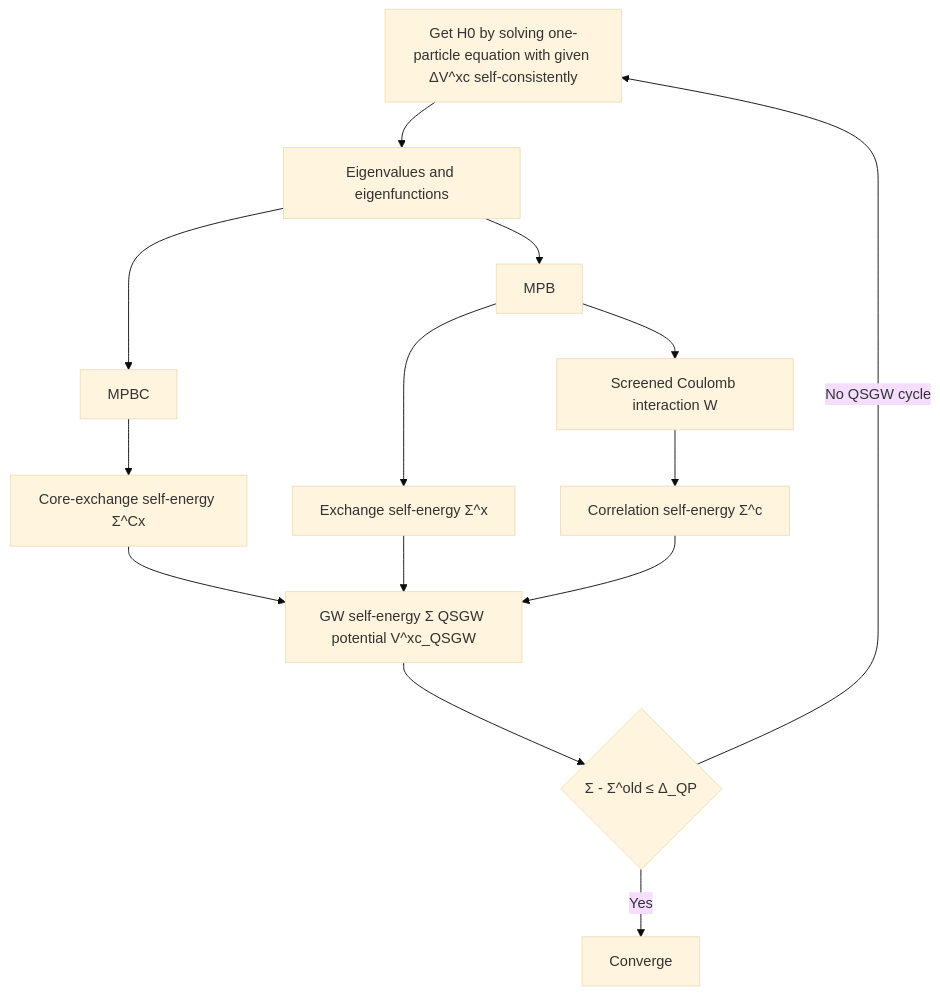
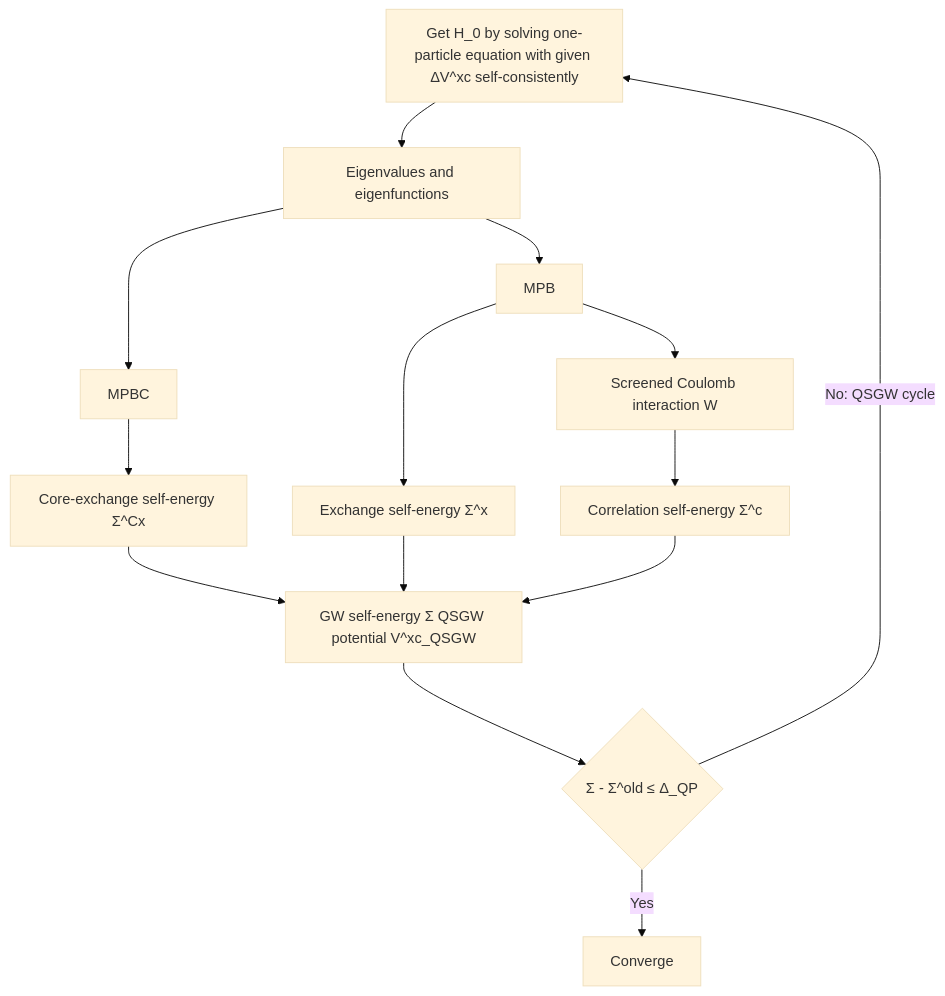
The diagram in theory/qsgw.md (ecalj/ecaljdoc), drawn with Mermaid (base theme) before and after one commit. The commit also changed other lines of this file and 2 other files, not shown here.

````diff
--- a/theory/qsgw.md
+++ b/theory/qsgw.md
@@ -41,16 +41,16 @@
 ```mermaid
 graph TD
-    A1[Get H0 by solving one-particle equation with given ΔV^xc self-consistently] --> A2[Eigenvalues and eigenfunctions]
+    A1[Get H_0 by solving one-particle equation with given ΔV^xc self-consistently] --> A2[Eigenvalues and eigenfunctions]
     A2 --> B1[MPBC]
     A2 --> B2[MPB]
     B1 --> C1[Core-exchange self-energy Σ^Cx]
     B2 --> C2[Exchange self-energy Σ^x]
     B2 --> D1[Screened Coulomb interaction W]
     D1 --> C3[Correlation self-energy Σ^c]
     C1 --> E1[GW self-energy Σ QSGW potential V^xc_QSGW]
     C2 --> E1
     C3 --> E1
     E1 --> F1{Σ - Σ^old ≤ Δ_QP}
-    F1 -->|No QSGW cycle| A1
+    F1 -->|No: QSGW cycle| A1
     F1 -->|Yes| G1[Converge]
 ```
````
